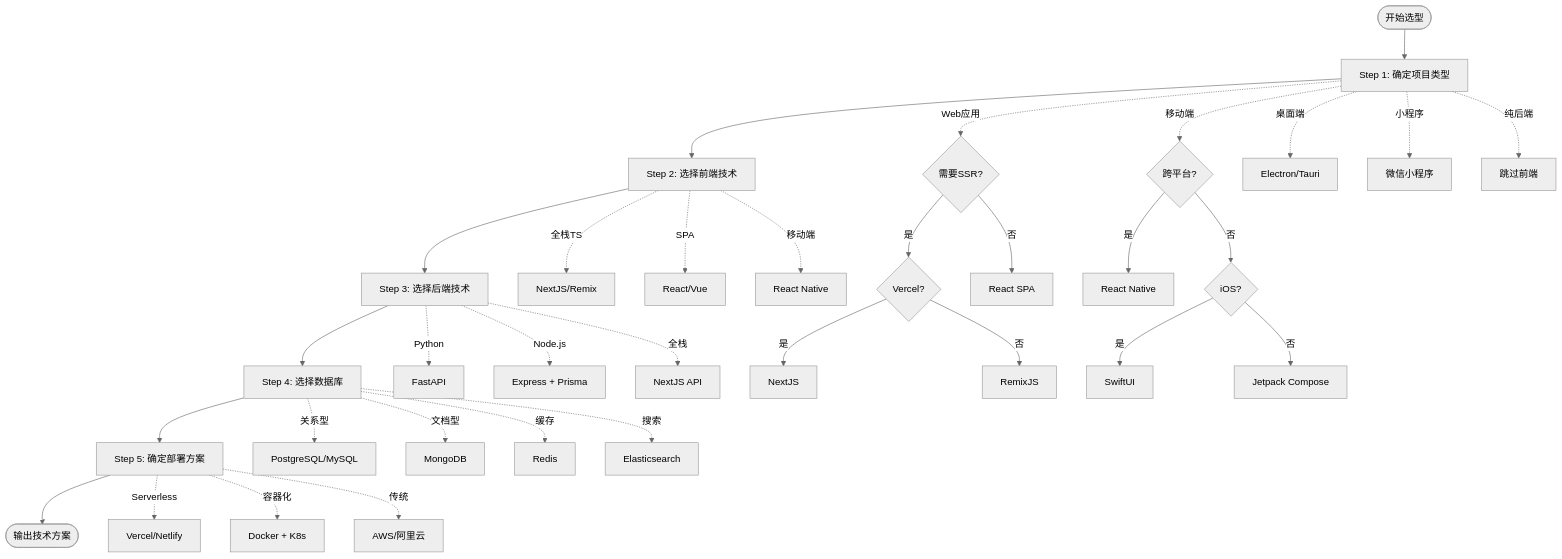
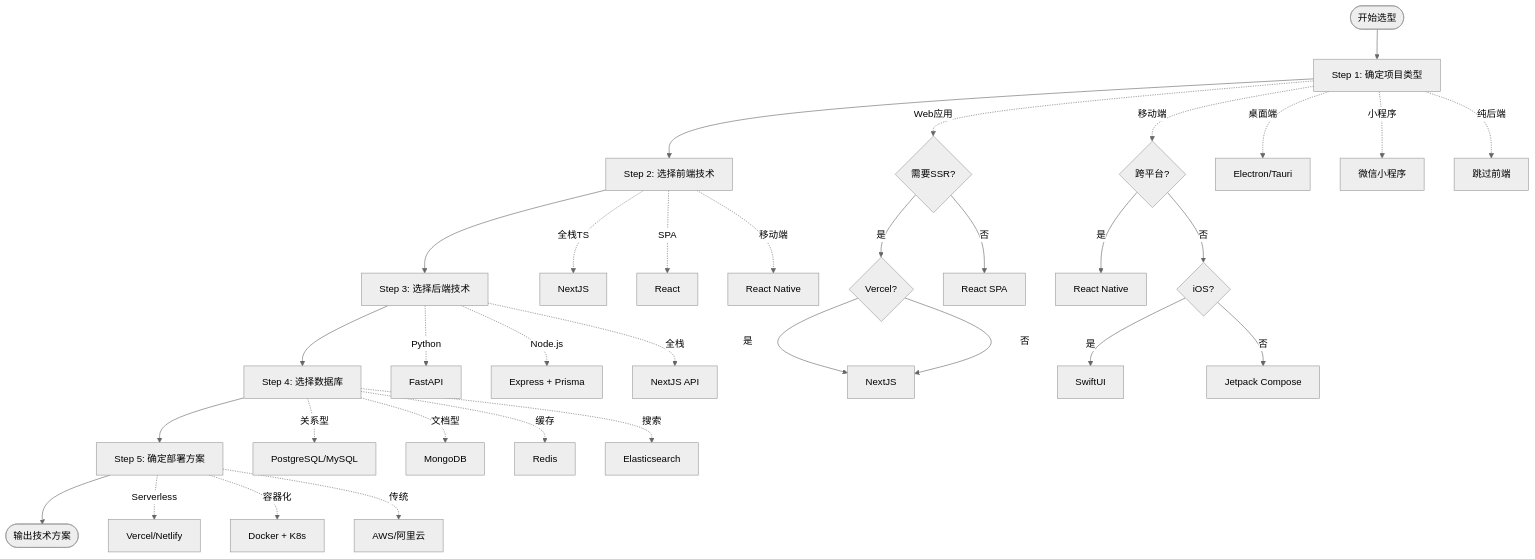
The diagram in skills/tech-architect/SKILL.md (Tooooommy/Trae-Workflow), drawn with Mermaid (neutral theme) before and after one commit. The commit also changed other lines of this file and 1 other file, not shown here.

Commit message:
refactor(tech-architect): 去掉Remix和Vue3架构，删除备选方案，统一使用推荐方案

````diff
--- a/skills/tech-architect/SKILL.md
+++ b/skills/tech-architect/SKILL.md
@@ -26,43 +26,43 @@
 ```mermaid
 flowchart TD
     Start([开始选型]) --> Step1[Step 1: 确定项目类型]
 
     Step1 --> Step2[Step 2: 选择前端技术]
     Step2 --> Step3[Step 3: 选择后端技术]
     Step3 --> Step4[Step 4: 选择数据库]
     Step4 --> Step5[Step 5: 确定部署方案]
     Step5 --> End([输出技术方案])
 
     Step1 -.->|Web应用| W1{需要SSR?}
     Step1 -.->|移动端| M1{跨平台?}
     Step1 -.->|桌面端| D1[Electron/Tauri]
     Step1 -.->|小程序| W2[微信小程序]
     Step1 -.->|纯后端| B1[跳过前端]
 
     W1 -->|是| W3{Vercel?}
     W1 -->|否| W4[React SPA]
     W3 -->|是| W5[NextJS]
-    W3 -->|否| W6[RemixJS]
+    W3 -->|否| W5[NextJS]
 
     M1 -->|是| M2[React Native]
     M1 -->|否| M3{iOS?}
     M3 -->|是| M4[SwiftUI]
     M3 -->|否| M5[Jetpack Compose]
 
-    Step2 -.->|全栈TS| F1[NextJS/Remix]
-    Step2 -.->|SPA| F2[React/Vue]
+    Step2 -.->|全栈TS| F1[NextJS]
+    Step2 -.->|SPA| F2[React]
     Step2 -.->|移动端| F3[React Native]
 
     Step3 -.->|Python| B2[FastAPI]
     Step3 -.->|Node.js| B3[Express + Prisma]
     Step3 -.->|全栈| B4[NextJS API]
 
     Step4 -.->|关系型| DB1[PostgreSQL/MySQL]
     Step4 -.->|文档型| DB2[MongoDB]
     Step4 -.->|缓存| DB3[Redis]
     Step4 -.->|搜索| DB4[Elasticsearch]
 
     Step5 -.->|Serverless| De1[Vercel/Netlify]
     Step5 -.->|容器化| De2[Docker + K8s]
     Step5 -.->|传统| De3[AWS/阿里云]
 ```
````
